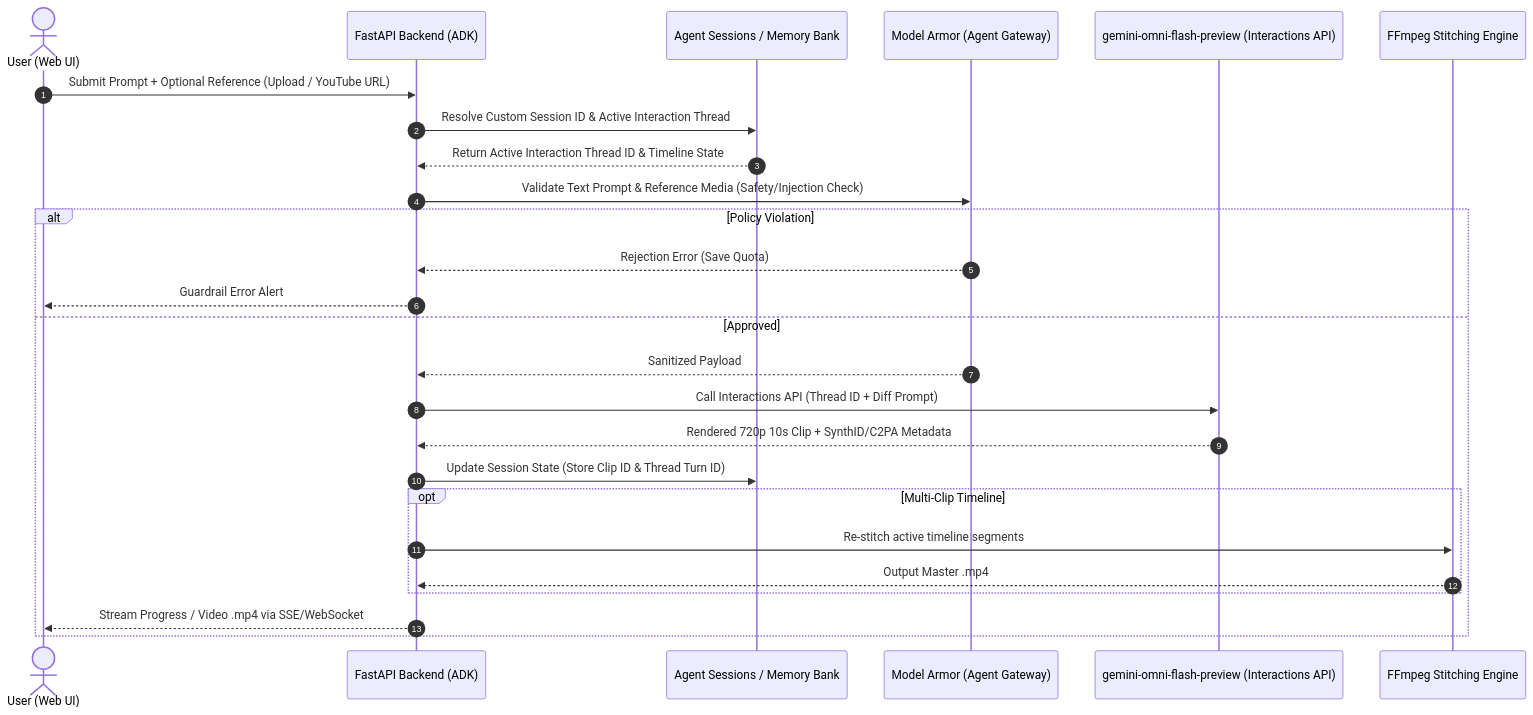
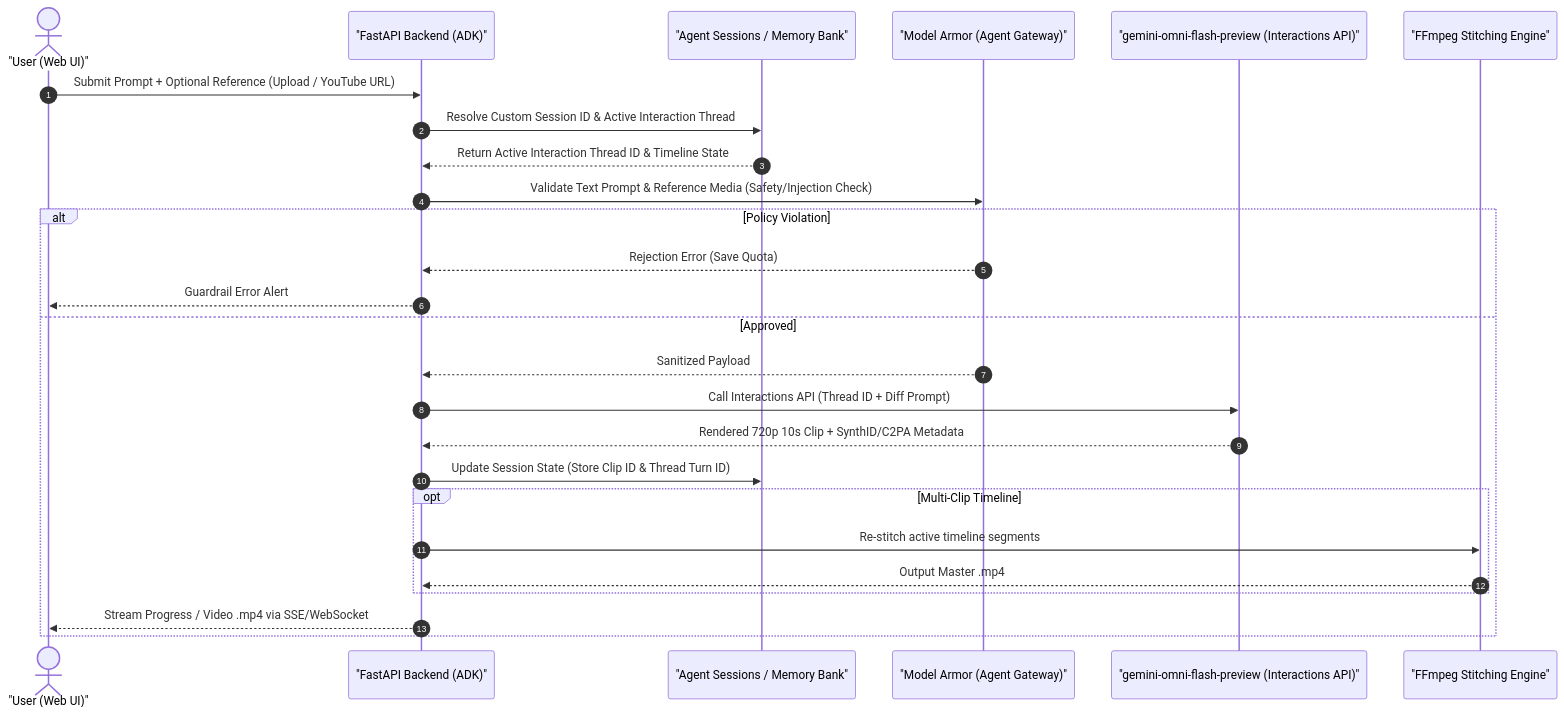
Before and after one commit to tottenjordan/omnimash: the diagram in docs/notes/request_lifecycle.md, drawn with Mermaid. The commit also changed 8 other files, not shown here.

Commit message:
docs(mermaid): sweep and fix all mermaid subgraph syntax, unquoted labels, and math rendering

````diff
--- a/docs/notes/request_lifecycle.md
+++ b/docs/notes/request_lifecycle.md
@@ -5,30 +5,30 @@
 ```mermaid
 sequenceDiagram
     autonumber
-    actor User as User (Web UI)
-    participant API as FastAPI Backend (ADK)
-    participant State as Agent Sessions / Memory Bank
-    participant Armor as Model Armor (Agent Gateway)
-    participant Omni as gemini-omni-flash-preview (Interactions API)
-    participant Stitcher as FFmpeg Stitching Engine
+    actor User as "User (Web UI)"
+    participant API as "FastAPI Backend (ADK)"
+    participant State as "Agent Sessions / Memory Bank"
+    participant Armor as "Model Armor (Agent Gateway)"
+    participant Omni as "gemini-omni-flash-preview (Interactions API)"
+    participant Stitcher as "FFmpeg Stitching Engine"
 
     User->>API: Submit Prompt + Optional Reference (Upload / YouTube URL)
     API->>State: Resolve Custom Session ID & Active Interaction Thread
     State-->>API: Return Active Interaction Thread ID & Timeline State
     
     API->>Armor: Validate Text Prompt & Reference Media (Safety/Injection Check)
     alt Policy Violation
         Armor-->>API: Rejection Error (Save Quota)
         API-->>User: Guardrail Error Alert
     else Approved
         Armor-->>API: Sanitized Payload
         API->>Omni: Call Interactions API (Thread ID + Diff Prompt)
         Omni-->>API: Rendered 720p 10s Clip + SynthID/C2PA Metadata
         API->>State: Update Session State (Store Clip ID & Thread Turn ID)
         opt Multi-Clip Timeline
             API->>Stitcher: Re-stitch active timeline segments
             Stitcher-->>API: Output Master .mp4
         end
         API-->>User: Stream Progress / Video .mp4 via SSE/WebSocket
     end
 ```
````
